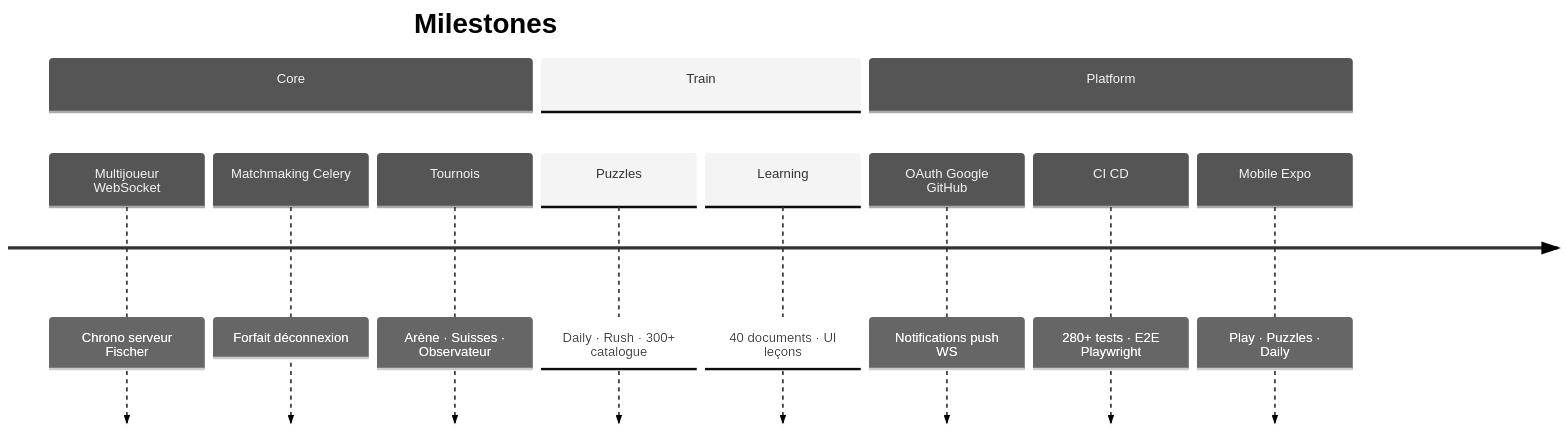
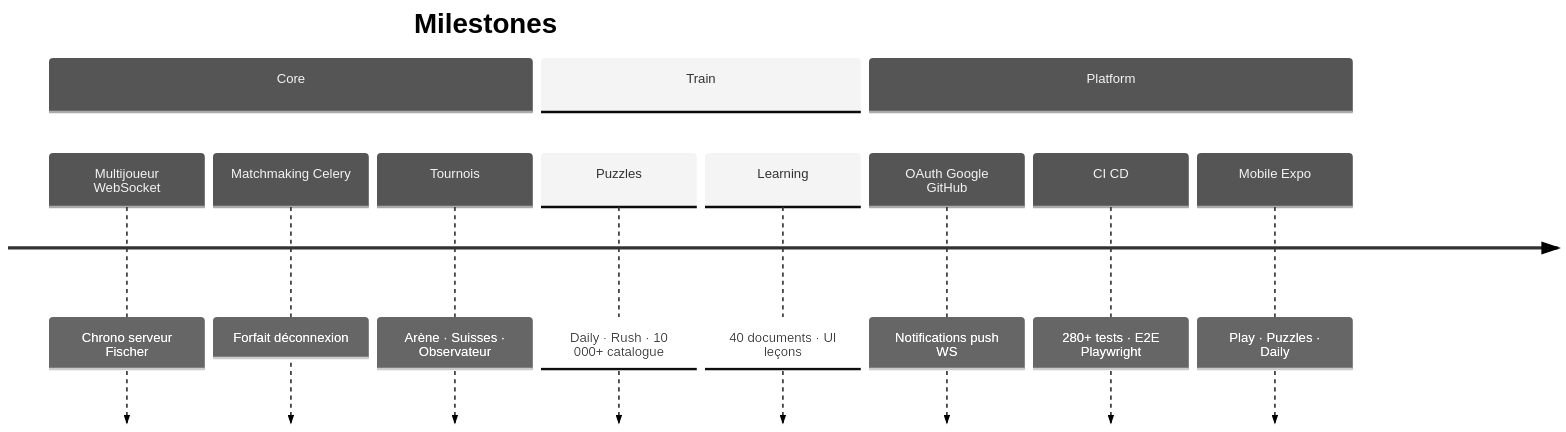
Before and after one commit to MaximeKELI/AFRICHESS: diagram 13 of 14 in README.md, drawn with Mermaid (neutral theme). The commit also changed other lines of this file and 2 other files, not shown here.

````diff
--- a/README.md
+++ b/README.md
@@ -835,15 +835,15 @@
 ```mermaid
 timeline
     title Milestones
     section Core
         Multijoueur WebSocket : Chrono serveur Fischer
         Matchmaking Celery : Forfait déconnexion
         Tournois : Arène · Suisses · Observateur
     section Train
-        Puzzles : Daily · Rush · 300+ catalogue
+        Puzzles : Daily · Rush · 10 000+ catalogue
         Learning : 40 documents · UI leçons
     section Platform
         OAuth Google GitHub : Notifications push WS
         CI CD : 280+ tests · E2E Playwright
         Mobile Expo : Play · Puzzles · Daily
 ```
````
